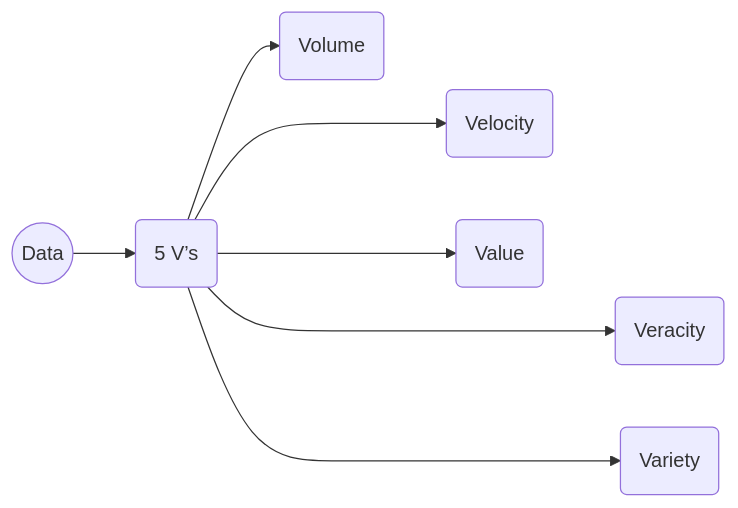
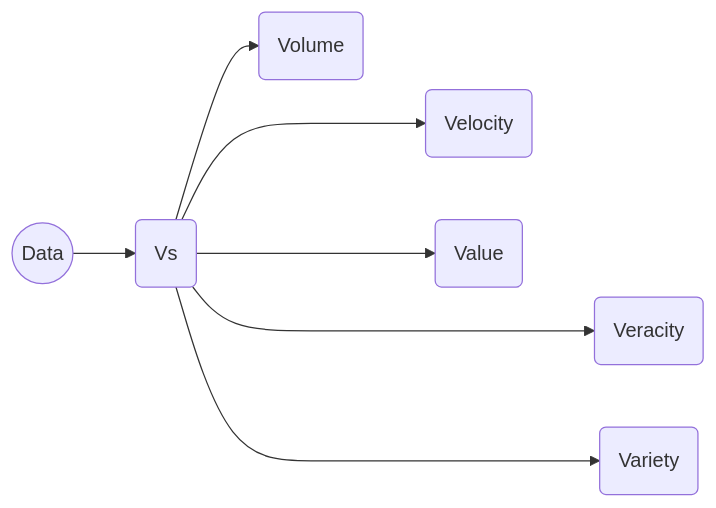
The diagram in Data Science/README.md (askbuddie/margdarsak), drawn with Mermaid before and after one commit.

Commit message:
add mermaid flowchart

````diff
--- a/Data Science/README.md
+++ b/Data Science/README.md
@@ -14,9 +14,9 @@
 ```mermaid
 flowchart LR
-    A((Data)) --> B(5 V’s)
+    A((Data)) --> B(Vs)
     B --> BA(Volume)
     B ---> BB(Velocity)
     B ----> BC(Veracity)
     B ---> BD(Value)
     B ----> BE(Variety)
 ```
````
